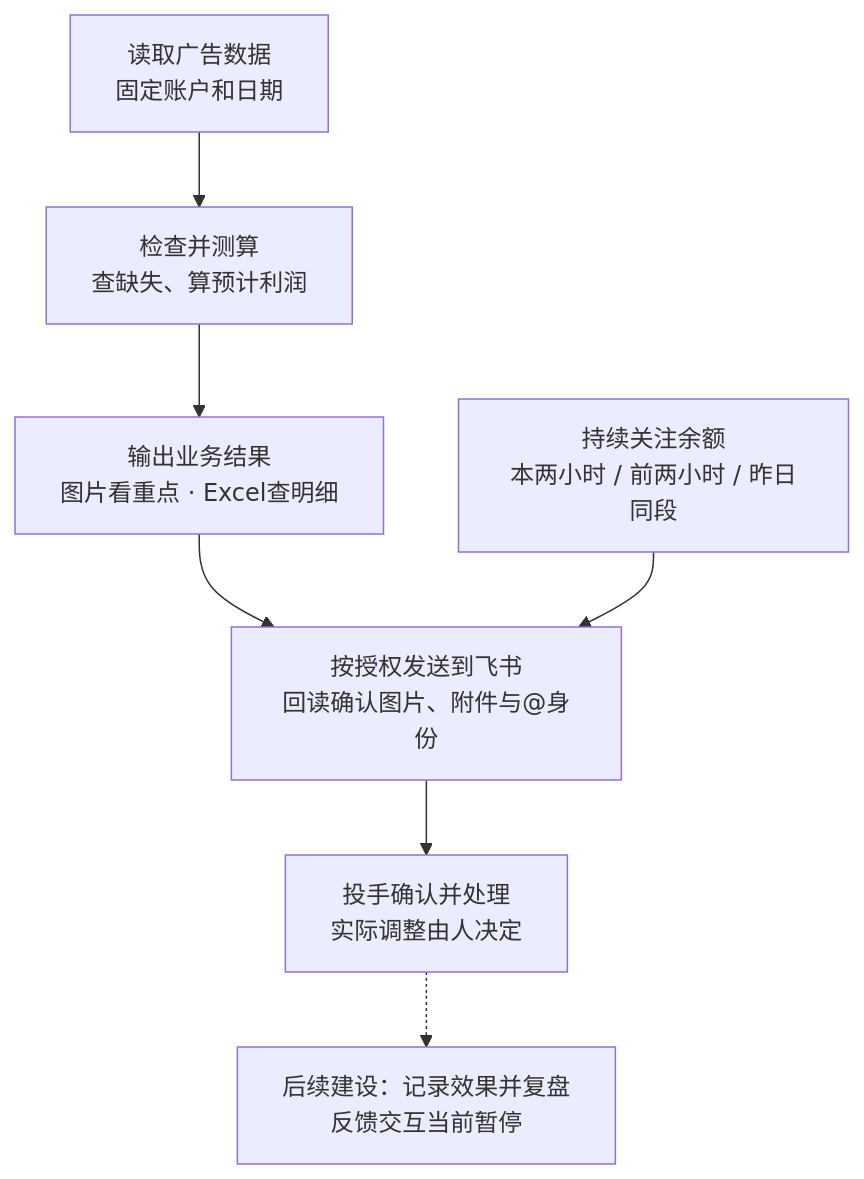
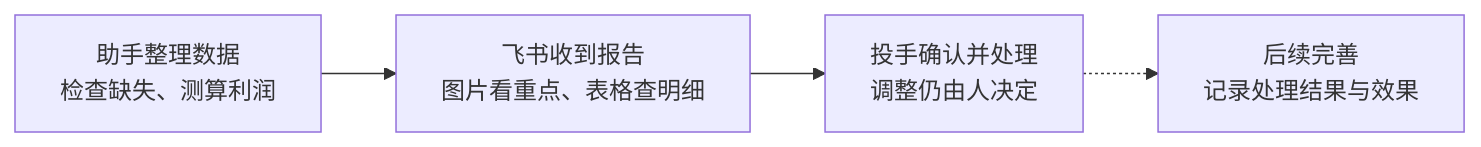
Before and after one commit to DANCHE-MAX/qianchuan-agent: the diagram in README.md, drawn with Mermaid. The commit also changed other lines of this file and 2 other files, not shown here.

````diff
--- a/README.md
+++ b/README.md
@@ -85,9 +49,6 @@
 ```mermaid
-flowchart TD
-    A["读取广告数据<br/>固定账户和日期"] --> B["检查并测算<br/>查缺失、算预计利润"]
-    B --> C["输出业务结果<br/>图片看重点 · Excel查明细"]
-    C --> D["按授权发送到飞书<br/>回读确认图片、附件与@身份"]
-    D --> E["投手确认并处理<br/>实际调整由人决定"]
-    E -.-> F["后续建设：记录效果并复盘<br/>反馈交互当前暂停"]
-    G["持续关注余额<br/>本两小时 / 前两小时 / 昨日同段"] --> D
+flowchart LR
+    A["助手整理数据<br/>检查缺失、测算利润"] --> B["飞书收到报告<br/>图片看重点、表格查明细"]
+    B --> C["投手确认并处理<br/>调整仍由人决定"]
+    C -.-> D["后续完善<br/>记录处理结果与效果"]
 ```
````
